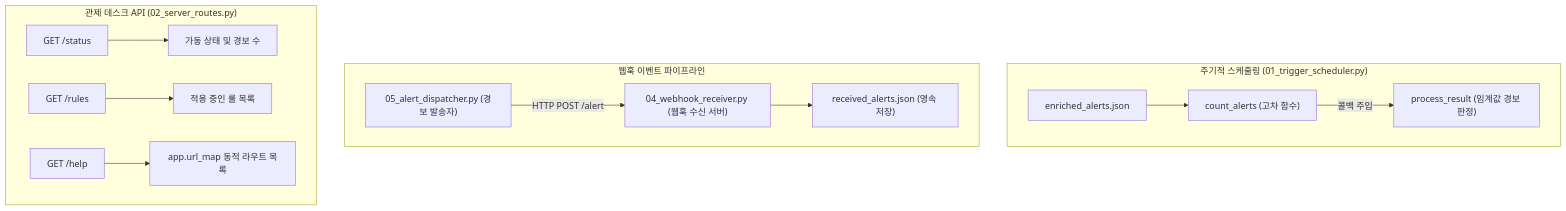
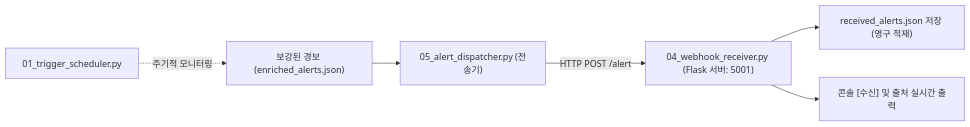
One commit to mmmphyun/security-agent-toolkit changed the diagram in docs/posts/c01-agent-core-day05.md. Above: the diagram before and after it, drawn with Mermaid. The commit also changed other lines of this file and 7 other files, not shown here.

````diff
--- a/docs/posts/c01-agent-core-day05.md
+++ b/docs/posts/c01-agent-core-day05.md
@@ -21,18 +21,8 @@
 ```mermaid
-flowchart TD
-    subgraph Periodic_Trigger["주기적 스케줄링 (01_trigger_scheduler.py)"]
-        A["enriched_alerts.json"] --> B["count_alerts (고차 함수)"]
-        B -->|콜백 주입| C["process_result (임계값 경보 판정)"]
-    end
-
-    subgraph Webhook_Pipeline["웹훅 이벤트 파이프라인"]
-        D["05_alert_dispatcher.py (경보 발송자)"] -->|HTTP POST /alert| E["04_webhook_receiver.py (웹훅 수신 서버)"]
-        E --> F["received_alerts.json (영속 저장)"]
-    end
-
-    subgraph Monitoring_API["관제 데스크 API (02_server_routes.py)"]
-        G["GET /status"] --> H["가동 상태 및 경보 수"]
-        I["GET /rules"] --> J["적용 중인 룰 목록"]
-        K["GET /help"] --> L["app.url_map 동적 라우트 목록"]
-    end
+flowchart LR
+    A["보강된 경보 (enriched_alerts.json)"] --> B["05_alert_dispatcher.py (전송기)"]
+    B -->|HTTP POST /alert| C["04_webhook_receiver.py (Flask 서버: 5001)"]
+    C --> D["received_alerts.json 저장 (영구 적재)"]
+    C --> E["콘솔 [수신] 및 출처 실시간 출력"]
+    F["01_trigger_scheduler.py"] -.->|주기적 모니터링| A
 ```
````
